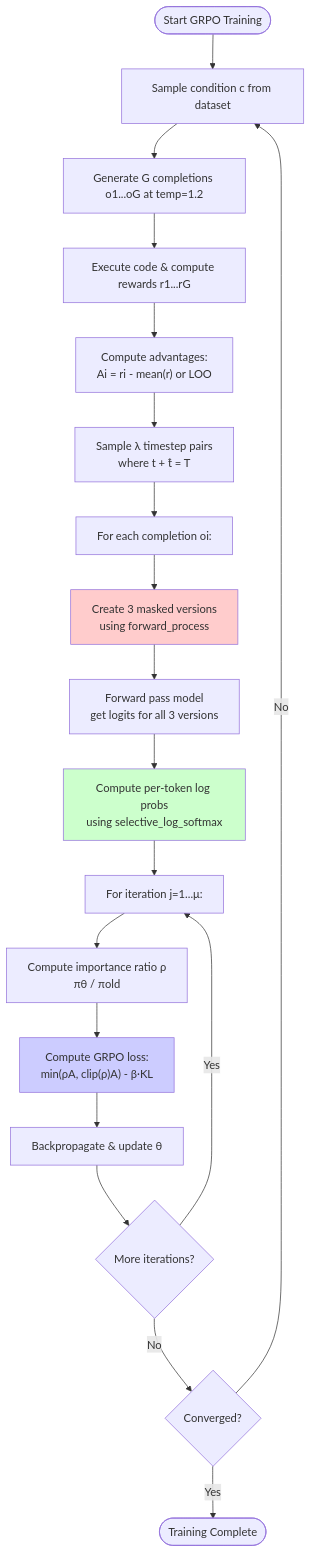
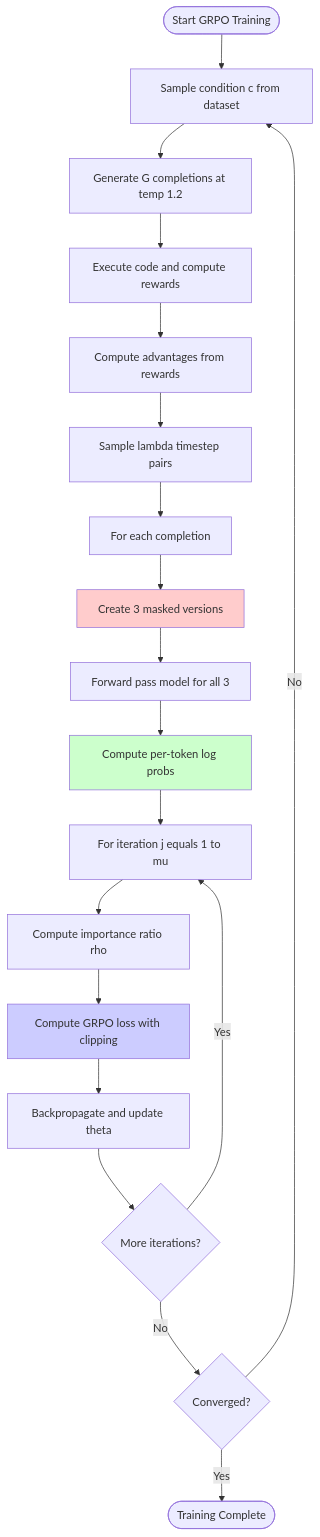
Before and after one commit to AlufRon/PingPong3D: the third of 5 diagrams in DIFFUCODER_DEEP_ANALYSIS.md, drawn with Mermaid. The commit also changed other lines of this file, not shown here.

First line of the commit message:
Fix mermaid syntax for GitHub compatibility

````diff
--- a/DIFFUCODER_DEEP_ANALYSIS.md
+++ b/DIFFUCODER_DEEP_ANALYSIS.md
@@ -119,30 +128,30 @@
 ```mermaid
 flowchart TD
     START([Start GRPO Training]) --> A[Sample condition c from dataset]
-    A --> B[Generate G completions o1...oG at temp=1.2]
+    A --> B[Generate G completions at temp 1.2]
 
-    B --> C[Execute code & compute rewards r1...rG]
-    C --> D["Compute advantages:<br/>Ai = ri - mean(r) or LOO"]
+    B --> C[Execute code and compute rewards]
+    C --> D[Compute advantages from rewards]
 
-    D --> E[Sample λ timestep pairs<br/>where t + t̂ = T]
-    E --> F["For each completion oi:"]
+    D --> E[Sample lambda timestep pairs]
+    E --> F[For each completion]
 
-    F --> G[Create 3 masked versions<br/>using forward_process]
-    G --> H[Forward pass model<br/>get logits for all 3 versions]
-    H --> I[Compute per-token log probs<br/>using selective_log_softmax]
+    F --> G[Create 3 masked versions]
+    G --> H[Forward pass model for all 3]
+    H --> I[Compute per-token log probs]
 
-    I --> J["For iteration j=1...μ:"]
-    J --> K[Compute importance ratio ρ<br/>πθ / πold]
-    K --> L["Compute GRPO loss:<br/>min(ρA, clip(ρ)A) - β·KL"]
+    I --> J[For iteration j equals 1 to mu]
+    J --> K[Compute importance ratio rho]
+    K --> L[Compute GRPO loss with clipping]
 
-    L --> M[Backpropagate & update θ]
+    L --> M[Backpropagate and update theta]
     M --> N{More iterations?}
     N -->|Yes| J
     N -->|No| O{Converged?}
     O -->|No| A
     O -->|Yes| END([Training Complete])
 
     style G fill:#ffcccc
     style I fill:#ccffcc
     style L fill:#ccccff
 ```
````
